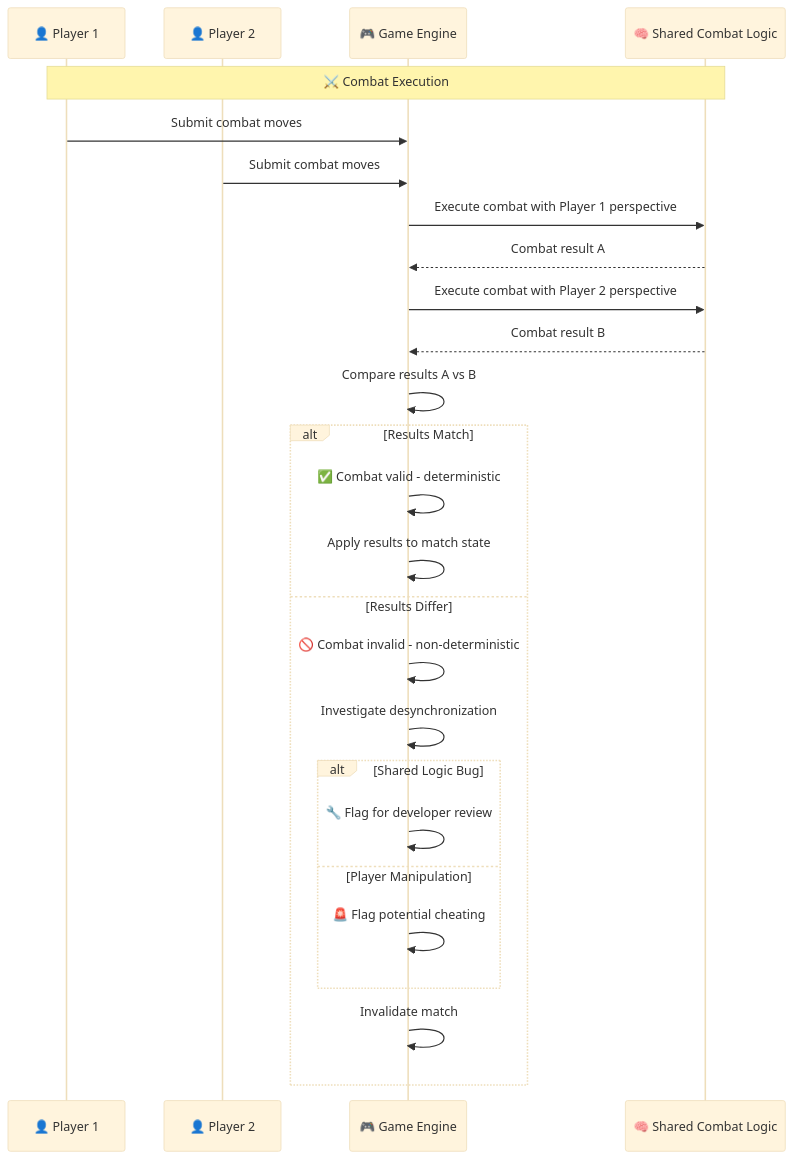
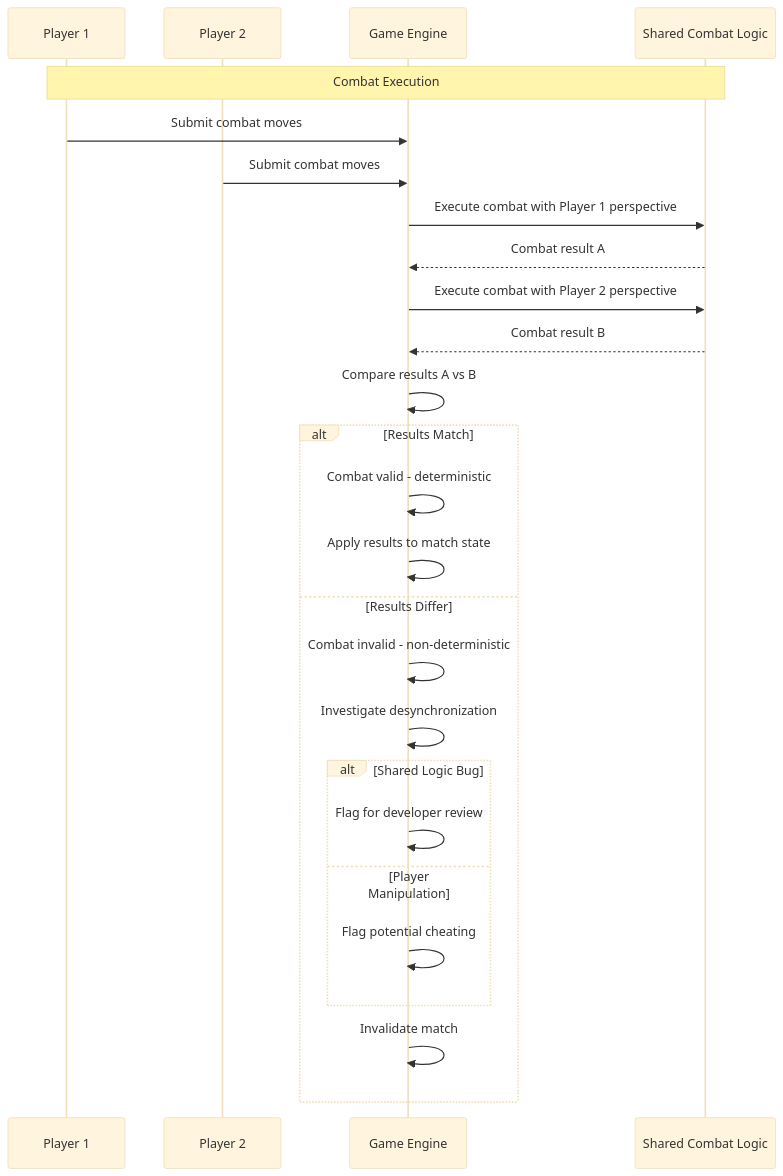
One commit to EthnTuttle/manastr changed the fourth of 7 diagrams in docs/diagrams/ANTI_CHEAT_VALIDATION.md. Above: the diagram before and after it, drawn with Mermaid (base theme). The commit also changed other lines of this file and 25 other files, not shown here.

````diff
--- a/docs/diagrams/ANTI_CHEAT_VALIDATION.md
+++ b/docs/diagrams/ANTI_CHEAT_VALIDATION.md
@@ -139,33 +112,33 @@
 ```mermaid
 sequenceDiagram
-    participant P1 as 👤 Player 1
-    participant P2 as 👤 Player 2
-    participant Engine as 🎮 Game Engine
-    participant SharedLogic as 🧠 Shared Combat Logic
+    participant P1 as Player 1
+    participant P2 as Player 2
+    participant Engine as Game Engine
+    participant SharedLogic as Shared Combat Logic
     
-    Note over P1,SharedLogic: ⚔️ Combat Execution
+    Note over P1,SharedLogic: Combat Execution
     P1->>Engine: Submit combat moves
     P2->>Engine: Submit combat moves
     
     Engine->>SharedLogic: Execute combat with Player 1 perspective
     SharedLogic-->>Engine: Combat result A
     
     Engine->>SharedLogic: Execute combat with Player 2 perspective  
     SharedLogic-->>Engine: Combat result B
     
     Engine->>Engine: Compare results A vs B
     
     alt Results Match
-        Engine->>Engine: ✅ Combat valid - deterministic
+        Engine->>Engine: Combat valid - deterministic
         Engine->>Engine: Apply results to match state
     else Results Differ
-        Engine->>Engine: 🚫 Combat invalid - non-deterministic
+        Engine->>Engine: Combat invalid - non-deterministic
         Engine->>Engine: Investigate desynchronization
         alt Shared Logic Bug
-            Engine->>Engine: 🔧 Flag for developer review
+            Engine->>Engine: Flag for developer review
         else Player Manipulation
-            Engine->>Engine: 🚨 Flag potential cheating
+            Engine->>Engine: Flag potential cheating
         end
         Engine->>Engine: Invalidate match
     end
 ```
````
